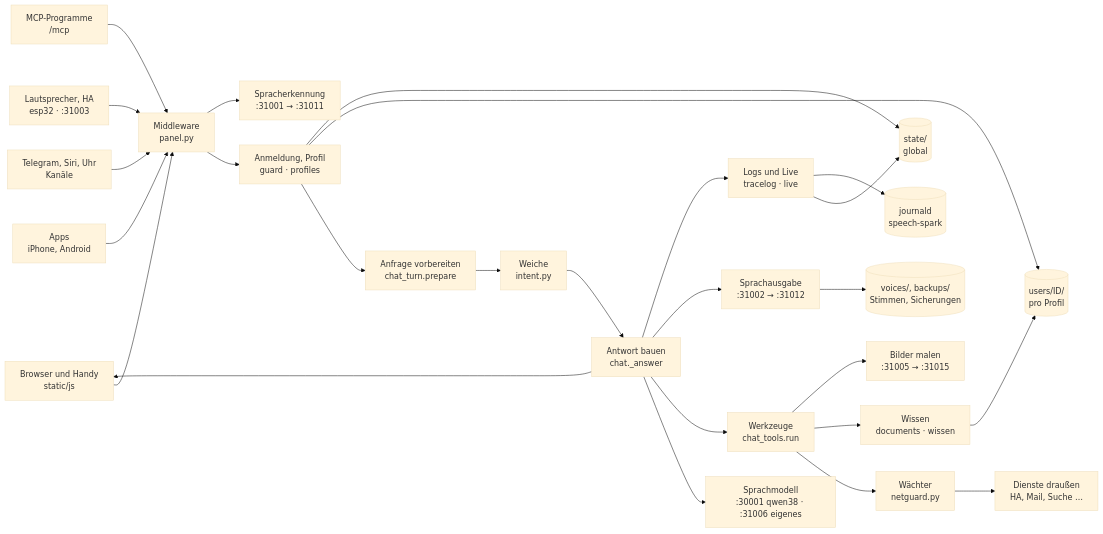
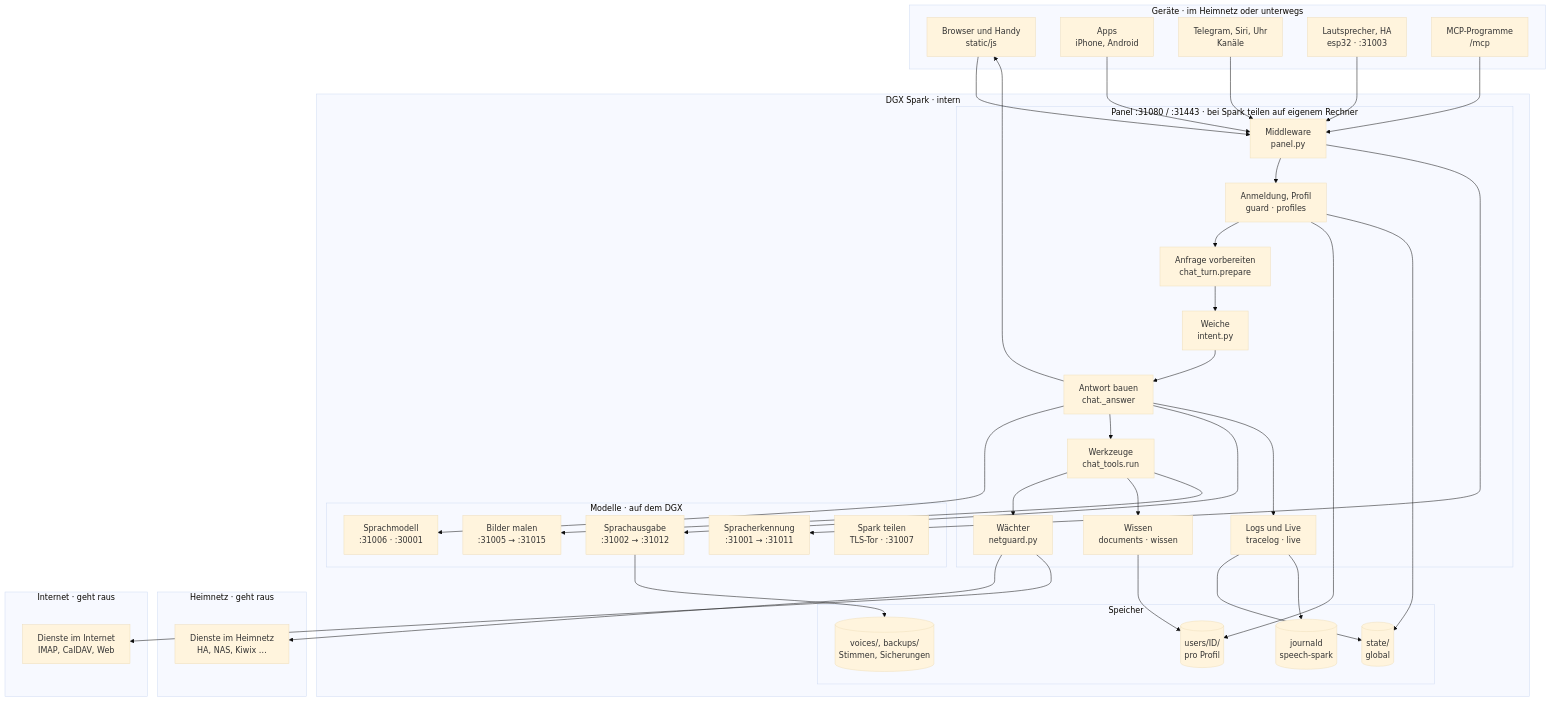
Before and after one commit to db9979/speech-on-dgx-spark: the first of 26 diagrams in docs/de/architektur.md, drawn with Mermaid (base theme). The commit also changed other lines of this file and 11 other files, not shown here.

````diff
--- a/docs/de/architektur.md
+++ b/docs/de/architektur.md
@@ -14,51 +16,68 @@
 ```mermaid
-flowchart LR
-  geraet["Browser und Handy<br/>static/js"]
-  apps["Apps<br/>iPhone, Android"]
-  kanaele["Telegram, Siri, Uhr<br/>Kanäle"]
-  lautsprecher["Lautsprecher, HA<br/>esp32 · :31003"]
-  mcpc["MCP-Programme<br/>/mcp"]
-  middleware["Middleware<br/>panel.py"]
-  zugang["Anmeldung, Profil<br/>guard · profiles"]
-  vorbereiten["Anfrage vorbereiten<br/>chat_turn.prepare"]
-  weiche["Weiche<br/>intent.py"]
-  antwort["Antwort bauen<br/>chat._answer"]
-  werkzeuge["Werkzeuge<br/>chat_tools.run"]
-  wissen["Wissen<br/>documents · wissen"]
-  waechter["Wächter<br/>netguard.py"]
-  betrieb["Logs und Live<br/>tracelog · live"]
-  llm["Sprachmodell<br/>:30001 qwen38 · :31006 eigenes"]
-  asr["Spracherkennung<br/>:31001 → :31011"]
-  tts["Sprachausgabe<br/>:31002 → :31012"]
-  bild["Bilder malen<br/>:31005 → :31015"]
-  aussen["Dienste draußen<br/>HA, Mail, Suche …"]
-  state[("state/<br/>global")]
-  users[("users/ID/<br/>pro Profil")]
-  ablage[("voices/, backups/<br/>Stimmen, Sicherungen")]
-  journal[("journald<br/>speech-spark")]
+flowchart TB
+  subgraph z_geraete["Geräte · im Heimnetz oder unterwegs"]
+    geraet["Browser und Handy<br/>static/js"]
+    apps["Apps<br/>iPhone, Android"]
+    kanaele["Telegram, Siri, Uhr<br/>Kanäle"]
+    lautsprecher["Lautsprecher, HA<br/>esp32 · :31003"]
+    mcpc["MCP-Programme<br/>/mcp"]
+  end
+  subgraph z_spark["DGX Spark · intern"]
+    subgraph z_panel["Panel :31080 / :31443 · bei Spark teilen auf eigenem Rechner"]
+      middleware["Middleware<br/>panel.py"]
+      zugang["Anmeldung, Profil<br/>guard · profiles"]
+      vorbereiten["Anfrage vorbereiten<br/>chat_turn.prepare"]
+      weiche["Weiche<br/>intent.py"]
+      antwort["Antwort bauen<br/>chat._answer"]
+      werkzeuge["Werkzeuge<br/>chat_tools.run"]
+      wissen["Wissen<br/>documents · wissen"]
+      waechter["Wächter<br/>netguard.py"]
+      betrieb["Logs und Live<br/>tracelog · live"]
+    end
+    subgraph z_modelle["Modelle · auf dem DGX"]
+      llm["Sprachmodell<br/>:31006 · :30001"]
+      asr["Spracherkennung<br/>:31001 → :31011"]
+      tts["Sprachausgabe<br/>:31002 → :31012"]
+      bild["Bilder malen<br/>:31005 → :31015"]
+      teilen["Spark teilen<br/>TLS-Tor · :31007"]
+    end
+    subgraph z_speicher["Speicher"]
+      state[("state/<br/>global")]
+      users[("users/ID/<br/>pro Profil")]
+      ablage[("voices/, backups/<br/>Stimmen, Sicherungen")]
+      journal[("journald<br/>speech-spark")]
+    end
+  end
+  subgraph z_heimnetz["Heimnetz · geht raus"]
+    aussen["Dienste im Heimnetz<br/>HA, NAS, Kiwix …"]
+  end
+  subgraph z_internet["Internet · geht raus"]
+    internet["Dienste im Internet<br/>IMAP, CalDAV, Web"]
+  end
   geraet --> middleware
   apps --> middleware
   kanaele --> middleware
   lautsprecher --> middleware
   mcpc --> middleware
   middleware --> zugang
   middleware --> asr
   zugang --> vorbereiten
   vorbereiten --> weiche
   weiche --> antwort
   antwort --> llm
   antwort --> werkzeuge
   werkzeuge --> waechter
   waechter --> aussen
+  waechter --> internet
   werkzeuge --> wissen
   antwort --> tts
   werkzeuge --> bild
   antwort --> geraet
   antwort --> betrieb
   betrieb --> state
   betrieb --> journal
   wissen --> users
   zugang --> users
   zugang --> state
   tts --> ablage
 ```
````
